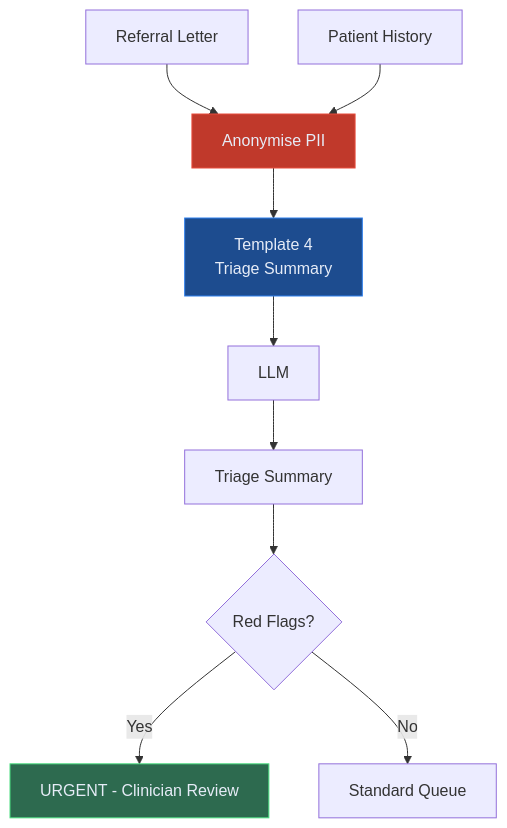
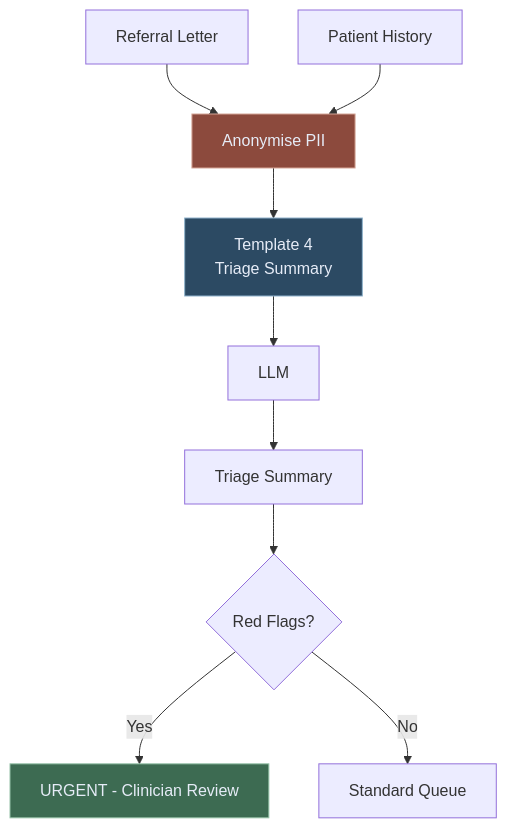
One commit to lorvexai/lorvexai changed the fourth of 8 diagrams in blog/ai-prompt-and-workflow-templates.md. Above: the diagram before and after it, drawn with Mermaid. The commit also changed other lines of this file and 16 other files, not shown here.

First line of the commit message:
Retune hardcoded Mermaid node colors to match the site palette

````diff
--- a/blog/ai-prompt-and-workflow-templates.md
+++ b/blog/ai-prompt-and-workflow-templates.md
@@ -220,15 +220,15 @@
 ```mermaid
 flowchart TD
     RL[Referral Letter] --> AN[Anonymise PII]
     AN --> T4[Template 4\nTriage Summary]
     PH[Patient History] --> AN
     T4 --> LLM[LLM]
     LLM --> TS[Triage Summary]
     TS --> CL{Red Flags?}
     CL -->|Yes| EU[URGENT - Clinician Review]
     CL -->|No| QU[Standard Queue]
 
-    style AN fill:#C0392B,stroke:#e74c3c,color:#E6ECF7
-    style T4 fill:#1D4C8F,stroke:#2F80ED,color:#E6ECF7
-    style EU fill:#2D6A4F,stroke:#4ade80,color:#E6ECF7
+    style AN fill:#8C4A3D,stroke:#D6A697,color:#E6ECF7
+    style T4 fill:#2C4A63,stroke:#8FB2CC,color:#E6ECF7
+    style EU fill:#3D6B52,stroke:#95C2A8,color:#E6ECF7
 ```
````
